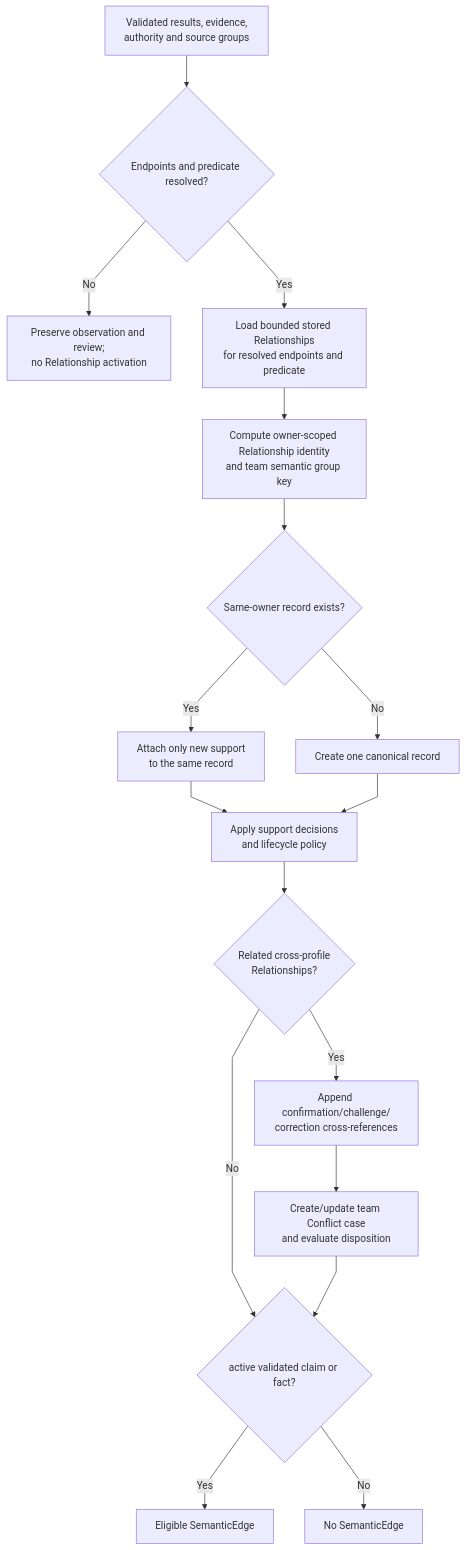
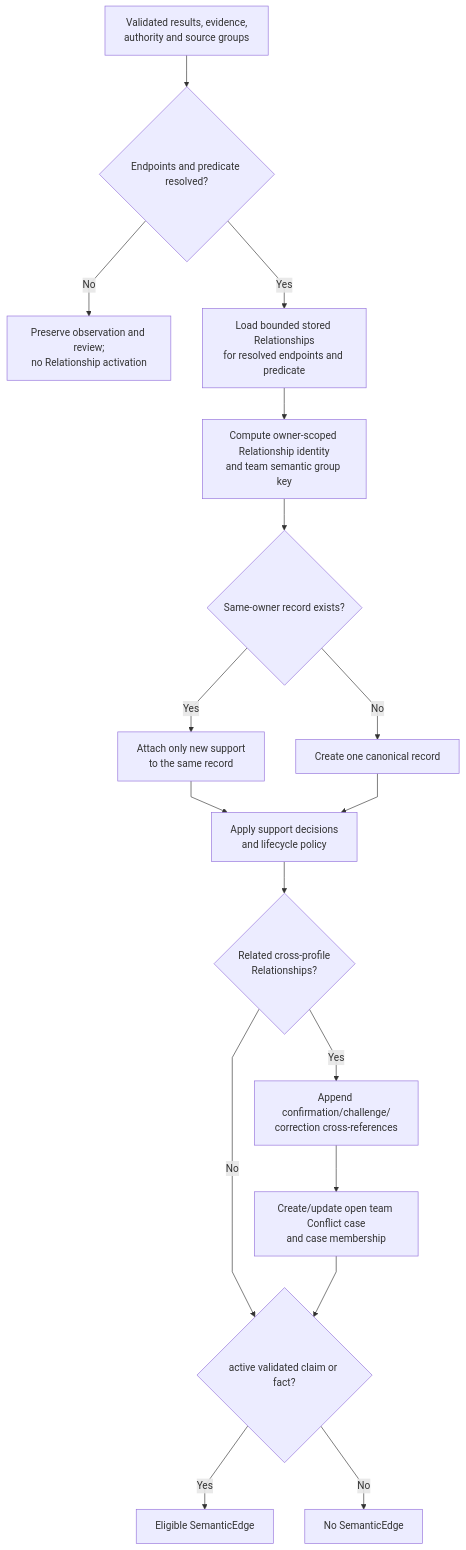
The tenth of 14 diagrams in Write-Pipeline.md (markhuangai/dense-mem), drawn with Mermaid before and after one commit. The commit also changed other lines of this file and 15 other files, not shown here.

````diff
--- a/Write-Pipeline.md
+++ b/Write-Pipeline.md
@@ -755,20 +770,20 @@
 ```mermaid
 %%{init: {"flowchart": {"curve": "linear"}}}%%
 flowchart TD
   Input["Validated results, evidence,<br/>authority and source groups"] --> Endpoints{"Endpoints and predicate resolved?"}
   Endpoints -- No --> Review["Preserve observation and review;<br/>no Relationship activation"]
   Endpoints -- Yes --> Stored["Load bounded stored Relationships<br/>for resolved endpoints and predicate"]
   Stored --> Identity["Compute owner-scoped Relationship identity<br/>and team semantic group key"]
   Identity --> Existing{"Same-owner record exists?"}
   Existing -- Yes --> Same["Attach only new support<br/>to the same record"]
   Existing -- No --> New["Create one canonical record"]
   Same --> Lifecycle["Apply support decisions<br/>and lifecycle policy"]
   New --> Lifecycle
   Lifecycle --> Cross{"Related cross-profile<br/>Relationships?"}
   Cross -- Yes --> Link["Append confirmation/challenge/<br/>correction cross-references"]
   Cross -- No --> Eligible{"active validated claim or fact?"}
-  Link --> Case["Create/update team Conflict case<br/>and evaluate disposition"]
+  Link --> Case["Create/update open team Conflict case<br/>and case membership"]
   Case --> Eligible
   Eligible -- Yes --> Edge["Eligible SemanticEdge"]
   Eligible -- No --> Hidden["No SemanticEdge"]
 ```
````
